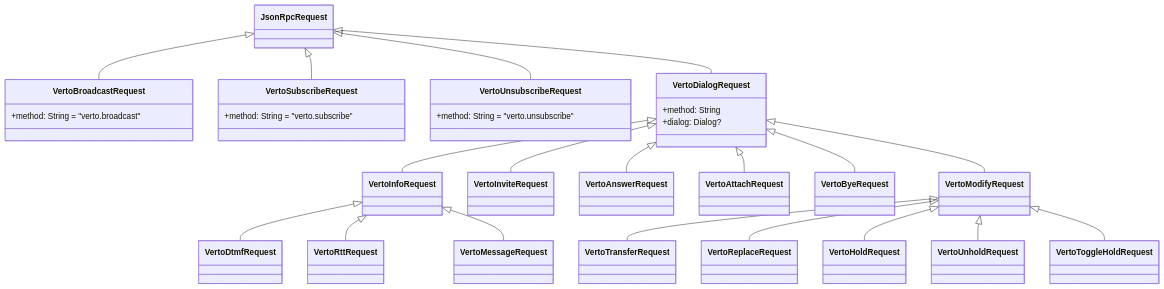
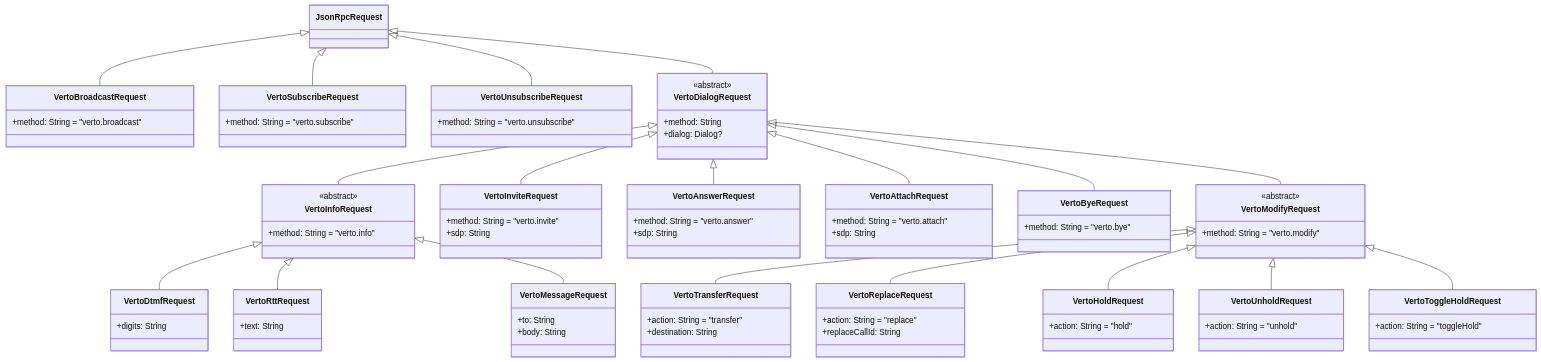
Before and after one commit to bjenning04/foam: the third of 3 diagrams in verto-design.md, drawn with Mermaid. The commit also changed other lines of this file, not shown here.

Commit message:
May 4, 2026, 4:43 PM

````diff
--- a/verto-design.md
+++ b/verto-design.md
@@ -244,7 +243,72 @@
     }
 
     class VertoDialogRequest {
+        <<abstract>>
         +method: String
         +dialog: Dialog?
     }
+
+    class VertoInfoRequest {
+        <<abstract>>
+        +method: String = "verto.info"
+    }
+
+    class VertoInviteRequest {
+        +method: String = "verto.invite"
+        +sdp: String
+    }
+
+    class VertoAnswerRequest {
+        +method: String = "verto.answer"
+        +sdp: String
+    }
+
+    class VertoAttachRequest {
+        +method: String = "verto.attach"
+        +sdp: String
+    }
+
+    class VertoByeRequest {
+        +method: String = "verto.bye"
+    }
+
+    class VertoModifyRequest {
+        <<abstract>>
+        +method: String = "verto.modify"
+    }
+
+    class VertoDtmfRequest {
+        +digits: String
+    }
+
+    class VertoRttRequest {
+        +text: String
+    }
+
+    class VertoMessageRequest {
+        +to: String
+        +body: String
+    }
+
+    class VertoTransferRequest {
+        +action: String = "transfer"
+        +destination: String
+    }
+
+    class VertoReplaceRequest {
+        +action: String = "replace"
+        +replaceCallId: String
+    }
+
+    class VertoHoldRequest {
+        +action: String = "hold"
+    }
+
+    class VertoUnholdRequest {
+        +action: String = "unhold"
+    }
+
+    class VertoToggleHoldRequest {
+        +action: String = "toggleHold"
+    }
 ```
````
